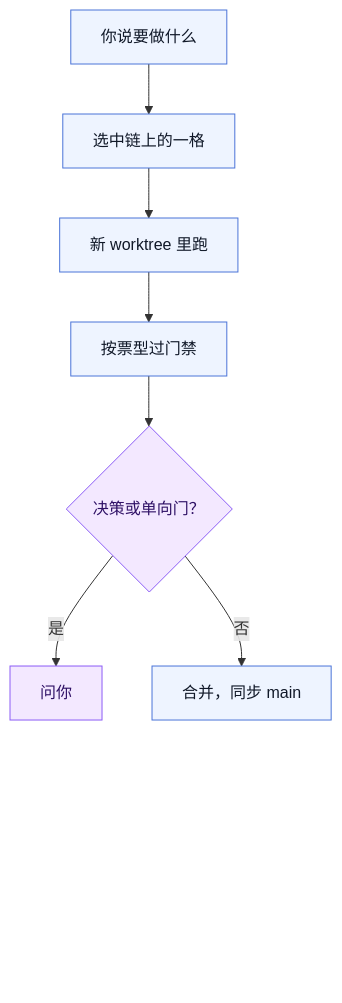
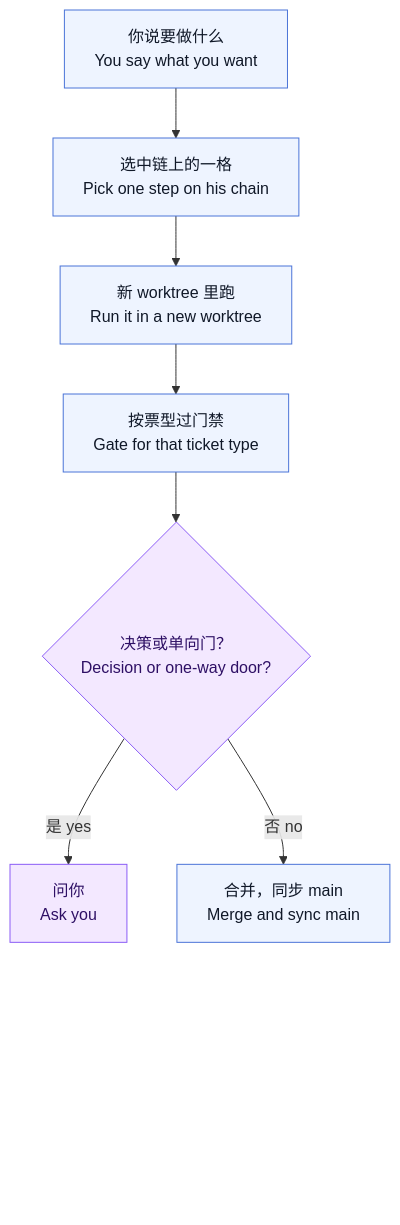
One commit to lindoo67/orchestra-auto changed the second of 2 diagrams in README.zh-CN.md. Above: the diagram before and after it, drawn with Mermaid. The commit also changed other lines of this file, not shown here.

First line of the commit message:
Clarify Chinese README workflow diagram labels

````diff
--- a/README.zh-CN.md
+++ b/README.zh-CN.md
@@ -62,16 +62,16 @@
 ```mermaid
 flowchart TB
-  U["你说要做什么"] --> C["选中链上的一格"] --> W["新 worktree 里跑"] --> GA["按票型过门禁"] --> D{"决策或单向门？"}
-  D -->|是| H["问你"]
-  D -->|否| M["合并，同步 main"]
+  U["你说要做什么<br/>You say what you want"] --> C["选中链上的一格<br/>Pick one step on his chain"] --> W["新 worktree 里跑<br/>Run it in a new worktree"] --> GA["按票型过门禁<br/>Gate for that ticket type"] --> D{"决策或单向门？<br/>Decision or one-way door?"}
+  D -->|是 yes| H["问你<br/>Ask you"]
+  D -->|否 no| M["合并，同步 main<br/>Merge and sync main"]
   H --> SP["<br/><br/><br/><br/><br/><br/><br/><br/>"]
   M --> SP
   classDef orca fill:#eef4ff,stroke:#4b74d8,color:#101828
   classDef human fill:#f3e8ff,stroke:#8b5cf6,color:#2e1065
   classDef gap fill:none,stroke:none,color:transparent
   class U,C,W,GA,M orca
   class D,H human
   class SP gap
   linkStyle 6 stroke:none,fill:none
   linkStyle 7 stroke:none,fill:none
 ```
````
